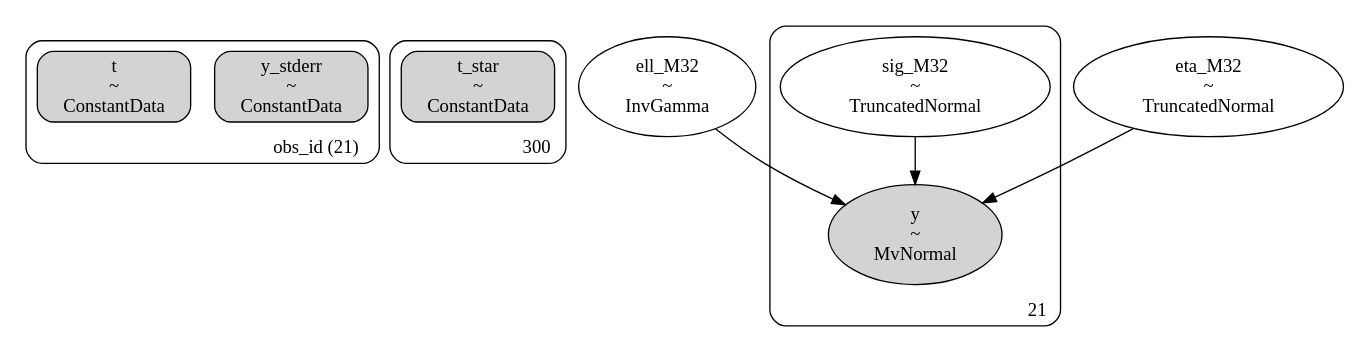
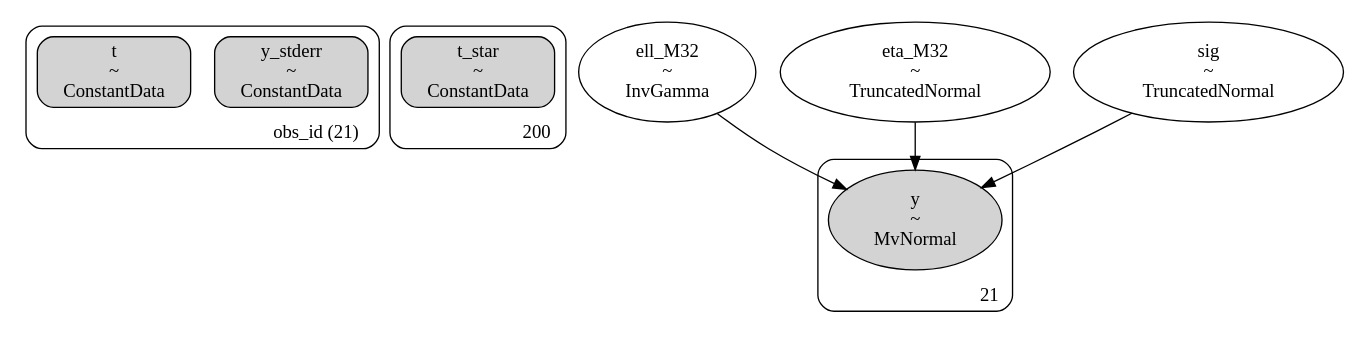
Before and after one commit to shihchingfu/gp-sandbox-thunderkat: the diagram in dags/428_ra236.530_dec-46.922_4U1543TraPDB_andersson_m32_dag.dot, drawn with Graphviz. The commit also changed 13 other files, not shown here.

```diff
--- a/dags/428_ra236.530_dec-46.922_4U1543TraPDB_andersson_m32_dag.dot
+++ b/dags/428_ra236.530_dec-46.922_4U1543TraPDB_andersson_m32_dag.dot
@@ -1,35 +1,35 @@
 digraph {
 	subgraph "clusterobs_id (21)" {
 		y_stderr [label="y_stderr
 ~
 ConstantData" shape=box style="rounded, filled"]
 		t [label="t
 ~
 ConstantData" shape=box style="rounded, filled"]
 		label="obs_id (21)" labeljust=r labelloc=b style=rounded
 	}
-	subgraph cluster300 {
+	subgraph cluster200 {
 		t_star [label="t_star
 ~
 ConstantData" shape=box style="rounded, filled"]
-		label=300 labeljust=r labelloc=b style=rounded
+		label=200 labeljust=r labelloc=b style=rounded
 	}
 	ell_M32 [label="ell_M32
 ~
 InvGamma" shape=ellipse]
 	eta_M32 [label="eta_M32
 ~
 TruncatedNormal" shape=ellipse]
+	sig [label="sig
+~
+TruncatedNormal" shape=ellipse]
 	subgraph cluster21 {
 		y [label="y
 ~
 MvNormal" shape=ellipse style=filled]
-		sig_M32 [label="sig_M32
-~
-TruncatedNormal" shape=ellipse]
 		label=21 labeljust=r labelloc=b style=rounded
 	}
 	ell_M32 -> y
 	eta_M32 -> y
-	sig_M32 -> y
+	sig -> y
 }
```
